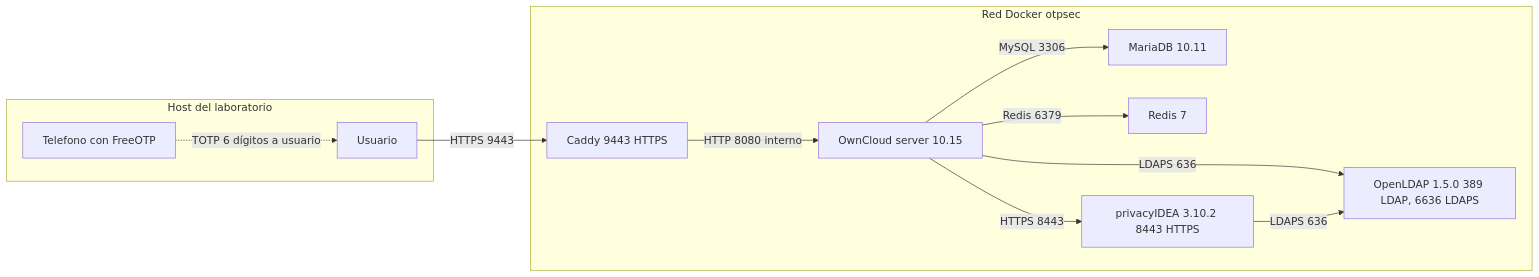
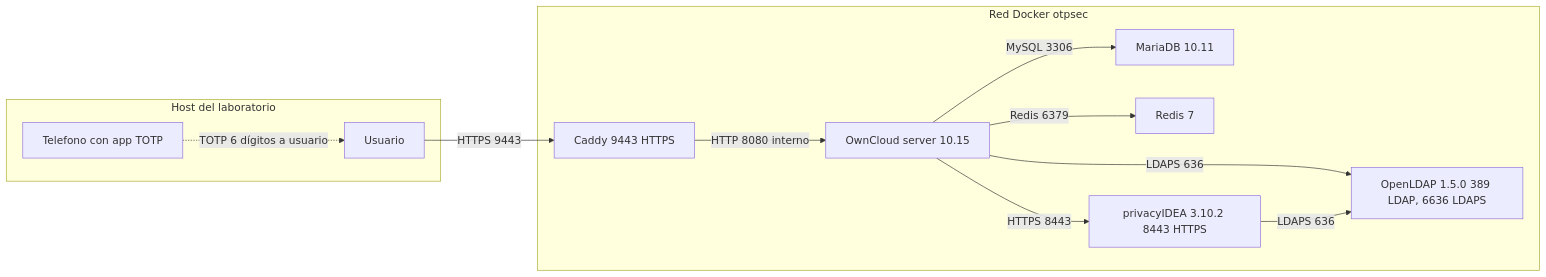
One commit to chochy2001/otp-secured-cloud changed the first of 3 diagrams in docs/arquitectura.md. Above: the diagram before and after it, drawn with Mermaid. The commit also changed other lines of this file and 21 other files, not shown here.

````diff
--- a/docs/arquitectura.md
+++ b/docs/arquitectura.md
@@ -84,25 +84,25 @@
 ```mermaid
 graph LR
   subgraph host[Host del laboratorio]
     user[Usuario]
-    phone[Telefono con FreeOTP]
+    phone[Telefono con app TOTP]
   end
 
   subgraph docker[Red Docker otpsec]
     caddy[Caddy 9443 HTTPS]
     oc[OwnCloud server 10.15]
     db[MariaDB 10.11]
     redis[Redis 7]
     pi[privacyIDEA 3.10.2 8443 HTTPS]
     ldap[OpenLDAP 1.5.0 389 LDAP, 6636 LDAPS]
   end
 
   user -->|HTTPS 9443| caddy
   caddy -->|HTTP 8080 interno| oc
   oc -->|MySQL 3306| db
   oc -->|Redis 6379| redis
   oc -->|LDAPS 636| ldap
   oc -->|HTTPS 8443| pi
   pi -->|LDAPS 636| ldap
   phone -.->|TOTP 6 dígitos a usuario| user
 ```
````
